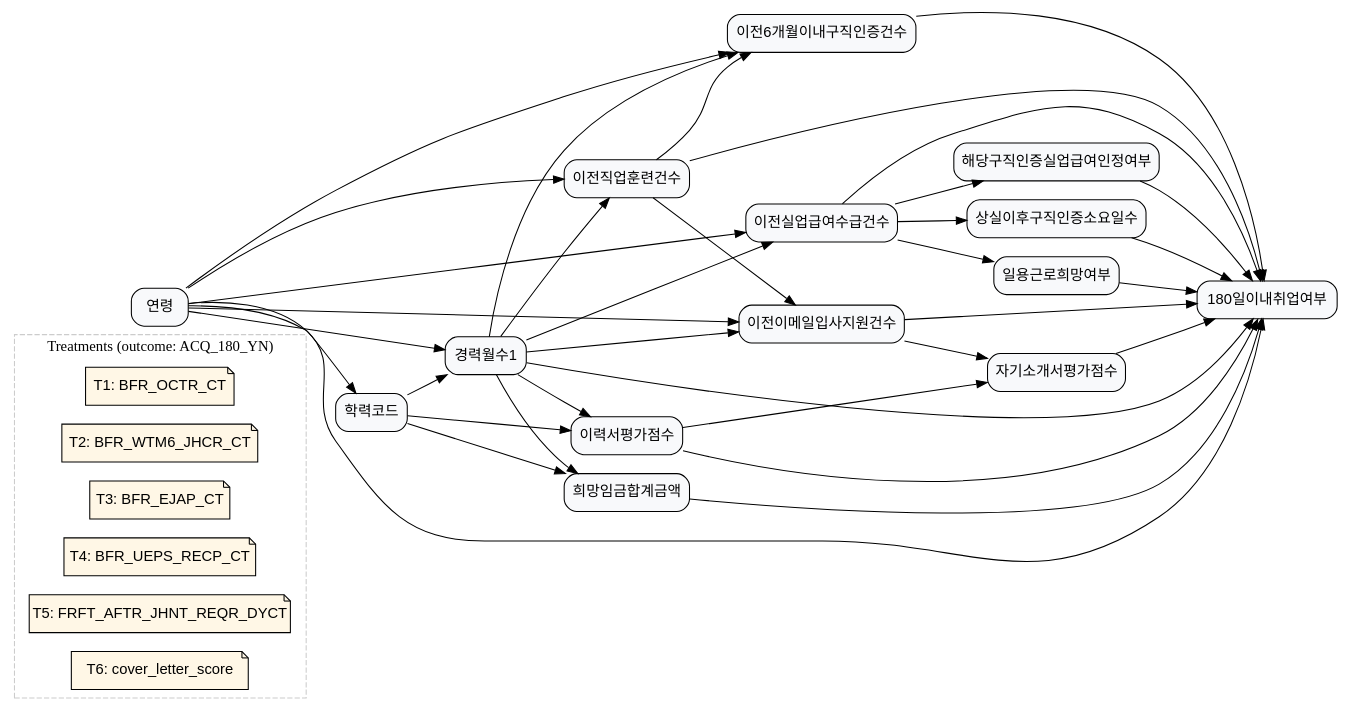
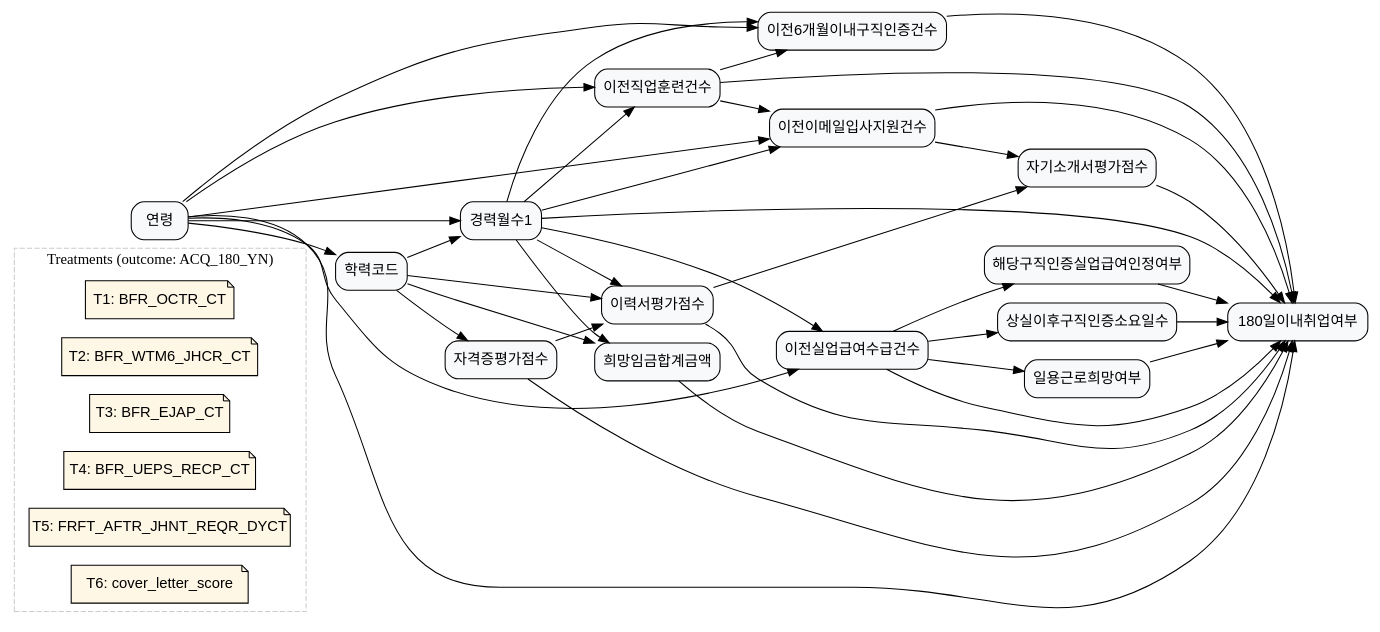
One commit to KU-LIM-Lab/dowhy-deep changed the diagram in laborlab_2/data/graph_data/graph_2.dot. Above: the diagram before and after it, drawn with Graphviz. The commit also changed 3 other files, not shown here.

```diff
--- a/laborlab_2/data/graph_data/graph_2.dot
+++ b/laborlab_2/data/graph_data/graph_2.dot
@@ -1,103 +1,107 @@
 digraph G {
 	graph [rankdir=LR];
 	node [fillcolor="#F8F9FB",
 	fontname=Helvetica,
 	shape=box,
 	style="rounded,filled"
 	];
 	subgraph cluster_treatments {
 	graph [color="#CCCCCC",
 	label="Treatments (outcome: ACQ_180_YN)",
 	style=dashed
 	];
 	node [fillcolor="#FFF7E6",
 	fontname=Helvetica,
 	shape=note,
 	style="rounded,filled"
 	];
 	T1	[label="T1: BFR_OCTR_CT",
 	role=treatment_meta,
 	treatment_def="이전직업훈련건수 수준 차이의 효과",
 	treatment_name=BFR_OCTR_CT,
 	treatment_question="이전 직업훈련을 많이 받은 사람과 거의 받지 않은 사람의 6개월 내 취업 확률 차이?",
 	treatment_var=BFR_OCTR_CT];
 	T2	[label="T2: BFR_WTM6_JHCR_CT",
 	role=treatment_meta,
 	treatment_def="이전6개월이내구직인증건수 수준 차이의 효과",
 	treatment_name=BFR_WTM6_JHCR_CT,
 	treatment_question="과거 6개월간 구직인증 횟수가 많은 사람과 적은 사람의 6개월 내 취업 확률 차이?",
 	treatment_var=BFR_WTM6_JHCR_CT];
 	T3	[label="T3: BFR_EJAP_CT",
 	role=treatment_meta,
 	treatment_def="이전이메일입사지원건수 수준 차이의 효과",
 	treatment_name=BFR_EJAP_CT,
 	treatment_question="이메일 입사지원 경험이 많은 사람과 거의 없는 사람의 6개월 내 취업 확률 차이?",
 	treatment_var=BFR_EJAP_CT];
 	T4	[label="T4: BFR_UEPS_RECP_CT",
 	role=treatment_meta,
 	treatment_def="이전실업급여수급건수 수준 차이의 효과",
 	treatment_name=BFR_UEPS_RECP_CT,
 	treatment_question="실업급여 수급 건수가 많은 사람과 적은 사람의 6개월 내 취업 확률 차이?",
 	treatment_var=BFR_UEPS_RECP_CT];
 	T5	[label="T5: FRFT_AFTR_JHNT_REQR_DYCT",
 	role=treatment_meta,
 	treatment_def="상실이후구직인증소요일수 길이 차이의 효과",
 	treatment_name=FRFT_AFTR_JHNT_REQR_DYCT,
 	treatment_question="상실 이후 구직인증까지 기간이 짧은 사람과 긴 사람의 6개월 내 취업 확률 차이?",
 	treatment_var=FRFT_AFTR_JHNT_REQR_DYCT];
 	T6	[label="T6: cover_letter_score",
 	role=treatment_meta,
 	treatment_def="자기소개서평가점수 수준 차이의 효과",
 	treatment_name=cover_letter_score,
 	treatment_question="자기소개서 평가 점수가 높은 사람과 낮은 사람의 6개월 내 취업 확률 차이?",
 	treatment_var=cover_letter_score];
 }
 	ACQ_180_YN	[label="180일이내취업여부"];
 	BFR_OCTR_CT	[label=이전직업훈련건수];
 	BFR_OCTR_CT -> ACQ_180_YN;
 	BFR_WTM6_JHCR_CT	[label=이전6개월이내구직인증건수];
 	BFR_OCTR_CT -> BFR_WTM6_JHCR_CT;
 	BFR_EJAP_CT	[label=이전이메일입사지원건수];
 	BFR_OCTR_CT -> BFR_EJAP_CT;
 	BFR_WTM6_JHCR_CT -> ACQ_180_YN;
 	BFR_EJAP_CT -> ACQ_180_YN;
 	BFR_UEPS_RECP_CT	[label=이전실업급여수급건수];
 	BFR_UEPS_RECP_CT -> ACQ_180_YN;
 	UEPS_RECP_YN	[label=해당구직인증실업급여인정여부];
 	BFR_UEPS_RECP_CT -> UEPS_RECP_YN;
 	FRFT_AFTR_JHNT_REQR_DYCT	[label=상실이후구직인증소요일수];
 	BFR_UEPS_RECP_CT -> FRFT_AFTR_JHNT_REQR_DYCT;
 	DLY_LABR_HOPE_YN	[label=일용근로희망여부];
 	BFR_UEPS_RECP_CT -> DLY_LABR_HOPE_YN;
 	UEPS_RECP_YN -> ACQ_180_YN;
 	FRFT_AFTR_JHNT_REQR_DYCT -> ACQ_180_YN;
 	DLY_LABR_HOPE_YN -> ACQ_180_YN;
 	AGE	[label=연령];
 	AGE -> ACQ_180_YN;
 	AGE -> BFR_OCTR_CT;
 	AGE -> BFR_WTM6_JHCR_CT;
 	AGE -> BFR_EJAP_CT;
 	AGE -> BFR_UEPS_RECP_CT;
 	ACCR_CD	[label=학력코드];
 	AGE -> ACCR_CD;
 	CARR_MYCT1	[label=경력월수1];
 	AGE -> CARR_MYCT1;
 	ACCR_CD -> CARR_MYCT1;
 	HOPE_WAGE_SM_AMT	[label=희망임금합계금액];
 	ACCR_CD -> HOPE_WAGE_SM_AMT;
 	CARR_MYCT1 -> ACQ_180_YN;
 	CARR_MYCT1 -> BFR_OCTR_CT;
 	CARR_MYCT1 -> BFR_WTM6_JHCR_CT;
 	CARR_MYCT1 -> BFR_EJAP_CT;
 	CARR_MYCT1 -> BFR_UEPS_RECP_CT;
 	CARR_MYCT1 -> HOPE_WAGE_SM_AMT;
 	HOPE_WAGE_SM_AMT -> ACQ_180_YN;
 	resume_score	[label=이력서평가점수];
 	ACCR_CD -> resume_score;
 	CARR_MYCT1 -> resume_score;
 	resume_score -> ACQ_180_YN;
 	cover_letter_score	[label=자기소개서평가점수];
 	resume_score -> cover_letter_score;
 	BFR_EJAP_CT -> cover_letter_score;
 	cover_letter_score -> ACQ_180_YN;
+	certification_score	[label=자격증평가점수];
+	ACCR_CD -> certification_score;
+	certification_score -> ACQ_180_YN;
+	certification_score -> resume_score;
 }
```
